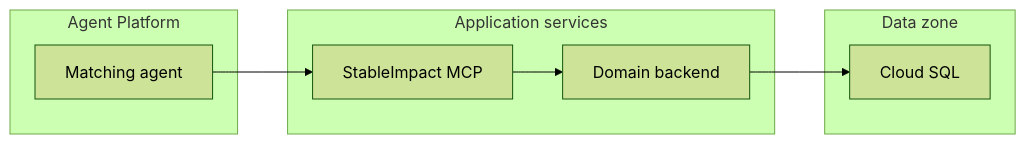
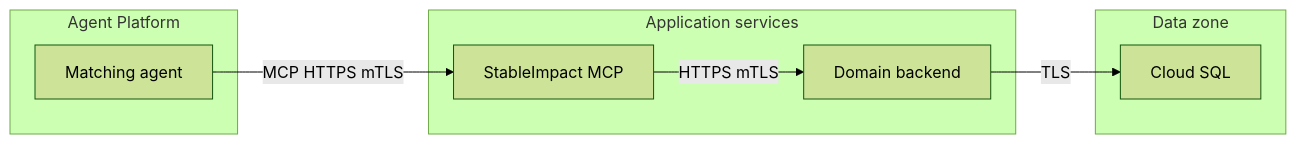
The ninth of 21 diagrams in stableimpact-design.md (eweinmanepam/Documents), drawn with Mermaid (forest theme) before and after one commit. The commit also changed other lines of this file, not shown here.

````diff
--- a/stableimpact-design.md
+++ b/stableimpact-design.md
@@ -275,19 +282,19 @@
 ```mermaid
 flowchart LR
   subgraph Platform[Agent Platform]
-    AGENT[Matching agent]
+    M_AGENT[Matching agent]
   end
 
   subgraph AppSvc[Application services]
-    MCP[StableImpact MCP]
-    API[Domain backend]
+    M_MCP[StableImpact MCP]
+    M_API[Domain backend]
   end
 
   subgraph DataZone[Data zone]
-    SQL[Cloud SQL]
+    M_SQL[Cloud SQL]
   end
 
-  AGENT --> MCP
-  MCP --> API
-  API --> SQL
+  M_AGENT -->|MCP HTTPS mTLS| M_MCP
+  M_MCP -->|HTTPS mTLS| M_API
+  M_API -->|TLS| M_SQL
 ```
````
